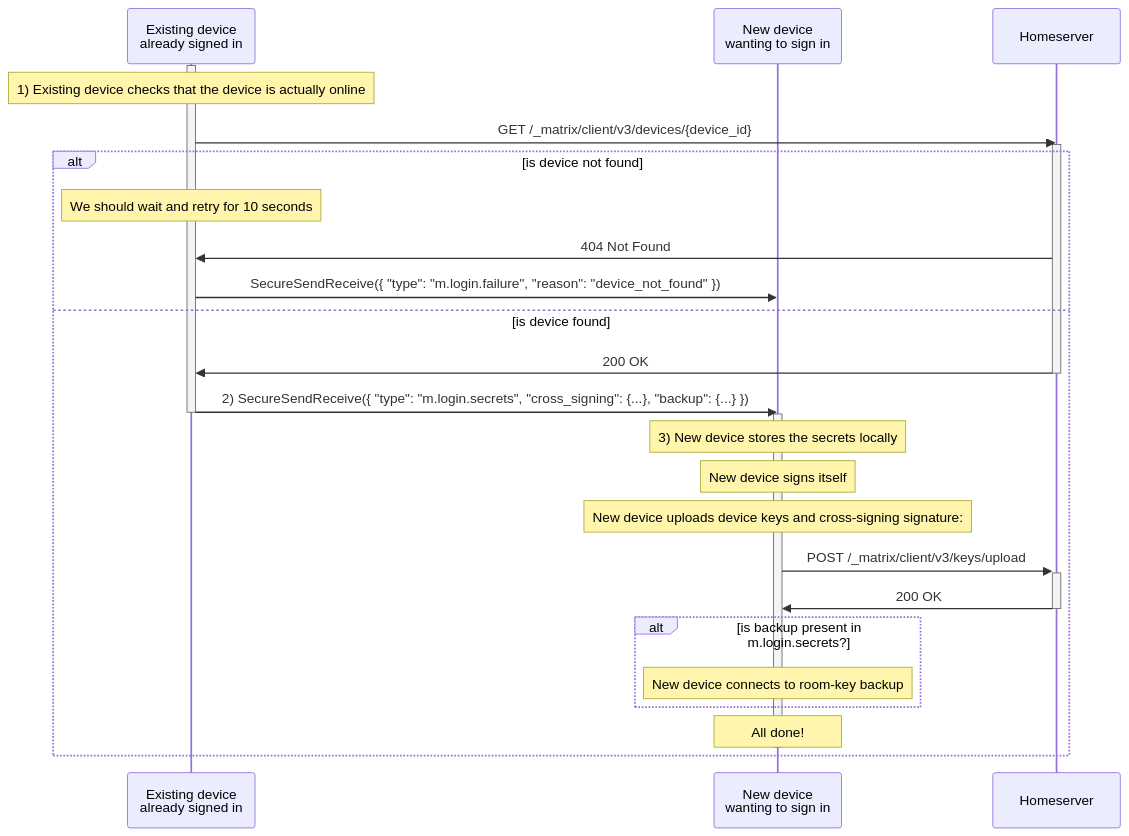
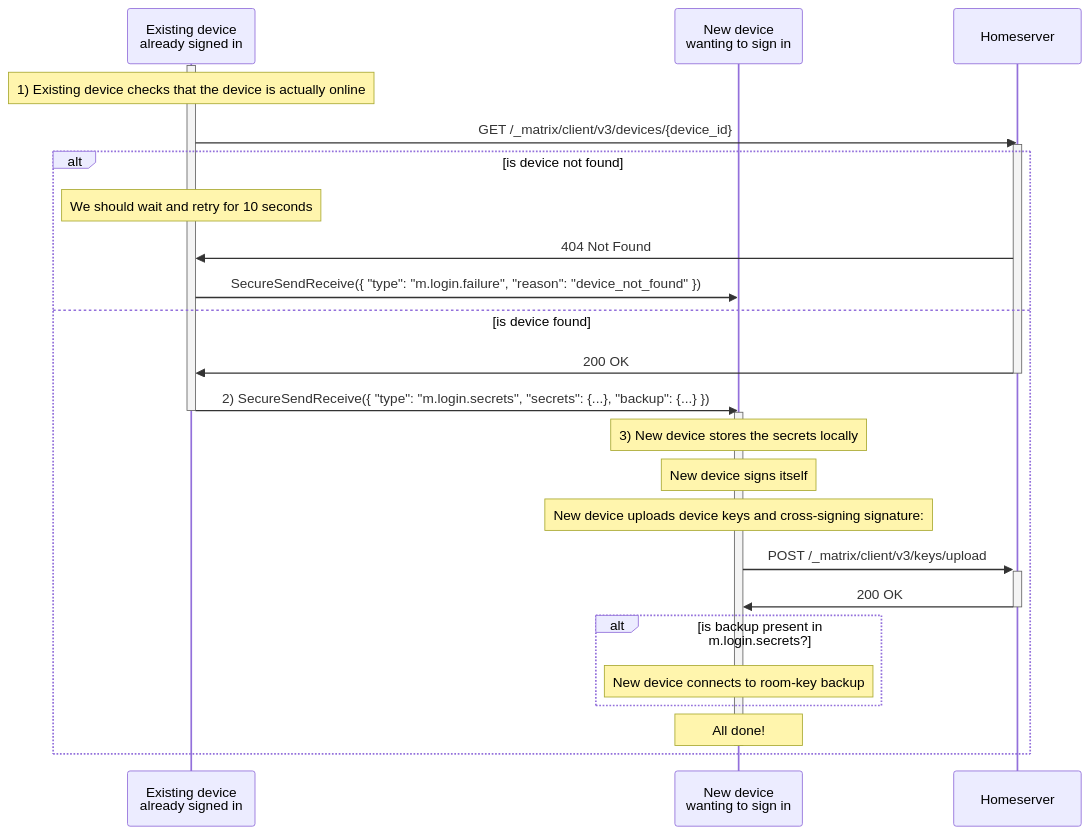
One commit to matrix-org/matrix-spec-proposals changed the fifth of 5 diagrams in proposals/4108-oidc-qr-login.md. Above: the diagram before and after it, drawn with Mermaid. The commit also changed other lines of this file, not shown here.

First line of the commit message:
Use secret storage identifiers in m.login.secrets

````diff
--- a/proposals/4108-oidc-qr-login.md
+++ b/proposals/4108-oidc-qr-login.md
@@ -668,37 +673,37 @@
 ```mermaid
 sequenceDiagram
     participant E as Existing device <br>already signed in
     participant N as New device <br>wanting to sign in
     participant HS as Homeserver
 
     activate E
             Note over E: 1) Existing device checks that the device is actually online
             E->>HS: GET /_matrix/client/v3/devices/{device_id}
 activate HS
 
             alt is device not found
               note over E: We should wait and retry for 10 seconds
               HS->>E: 404 Not Found
               E->>N: SecureSendReceive({ "type": "m.login.failure", "reason": "device_not_found" })
             else is device found
               HS->>E: 200 OK
 deactivate HS
 
-              E->>-N: 2) SecureSendReceive({ "type": "m.login.secrets", "cross_signing": {...}, "backup": {...} })
+              E->>-N: 2) SecureSendReceive({ "type": "m.login.secrets", "secrets": {...}, "backup": {...} })
 
               activate N
               note over N: 3) New device stores the secrets locally
 
 note over N: New device signs itself
               note over N: New device uploads device keys and cross-signing signature:
               N->>+HS: POST /_matrix/client/v3/keys/upload
               HS->>-N: 200 OK
 
 alt is backup present in m.login.secrets?
               note over N: New device connects to room-key backup
 end
 
 note over N: All done!
               deactivate N
             end
 ```
````
